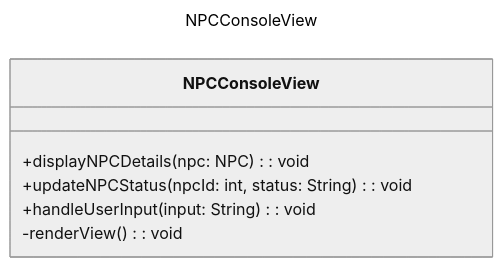
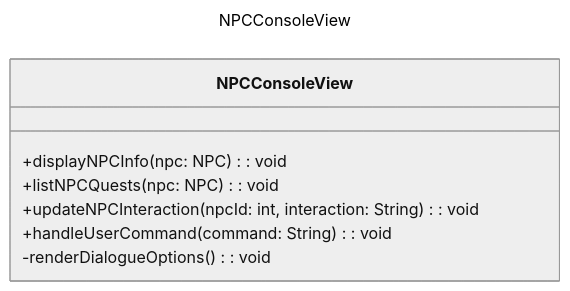
One commit to pacalso-jjc/2425-2nd-cc3-1e-rpg changed the diagram in wiki/Class Diagram - NPCConsoleView.md. Above: the diagram before and after it, drawn with Mermaid (neutral theme).

Commit message:
Update Class Diagram - NPCConsoleView.md

````diff
--- a/wiki/Class Diagram - NPCConsoleView.md
+++ b/wiki/Class Diagram - NPCConsoleView.md
@@ -1,13 +1,14 @@
 ```mermaid
 ---
 title: NPCConsoleView
 ---
 classDiagram
     class NPCConsoleView {
-        +displayNPCDetails(npc: NPC): void
-        +updateNPCStatus(npcId: int, status: String): void
-        +handleUserInput(input: String): void
-        -renderView(): void
+        +displayNPCInfo(npc: NPC): void
+        +listNPCQuests(npc: NPC): void
+        +updateNPCInteraction(npcId: int, interaction: String): void
+        +handleUserCommand(command: String): void
+        -renderDialogueOptions(): void
     }
   
 ```
````
